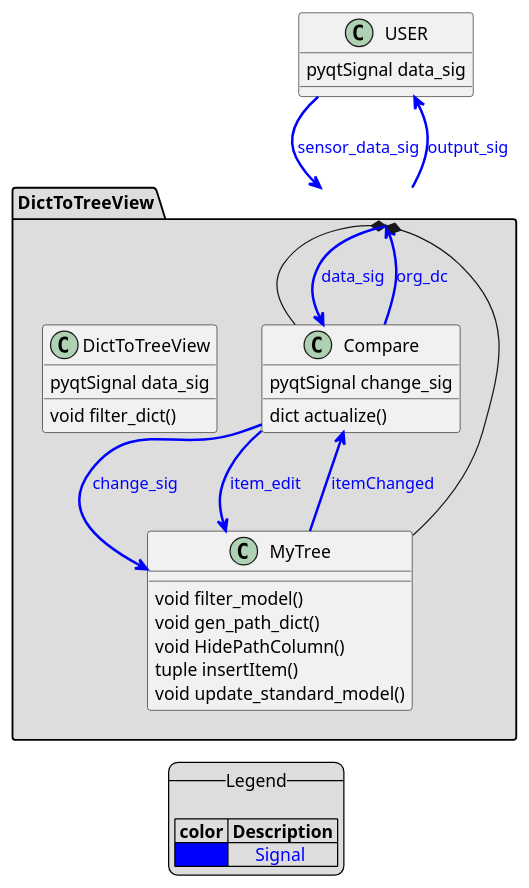
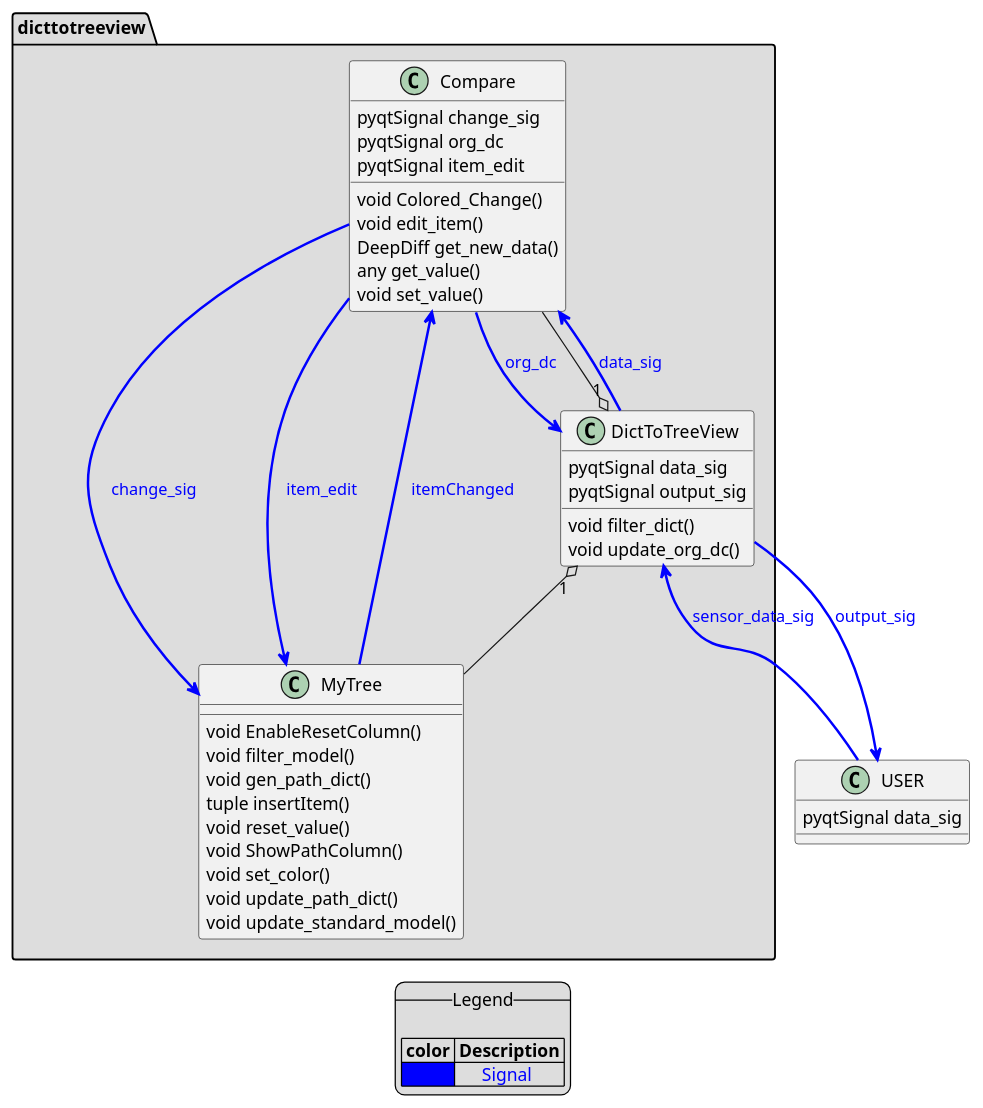
The diagram in doc/source/UML/classdiagram.plantuml (dope791/dicttotreeview), drawn with PlantUML before and after one commit. The commit also changed 9 other files, not shown here.

```diff
--- a/doc/source/UML/classdiagram.plantuml
+++ b/doc/source/UML/classdiagram.plantuml
@@ -1,48 +1,60 @@
 @startuml 
     legend
     --Legend--
 
     |= color |= Description |
     | <#blue> | <color:blue>     Signal |
     endlegend
-    package "DictToTreeView" #DDDDDD {
+    package "dicttotreeview" #DDDDDD {
         class Compare {
             pyqtSignal change_sig
+            pyqtSignal org_dc
+            pyqtSignal item_edit
 
-            dict actualize()
+            void Colored_Change()
+            void edit_item()
+            DeepDiff get_new_data()
+            any get_value()
+            void set_value()
         }
 
         class DictToTreeView {
             pyqtSignal data_sig
+            pyqtSignal output_sig
 
             void filter_dict()
+            void update_org_dc()
         }
 
         class MyTree {
 
+            void EnableResetColumn()
             void filter_model()
             void gen_path_dict()
-            void HidePathColumn()
             tuple insertItem()
+            void reset_value()
+            void ShowPathColumn()
+            void set_color()
+            void update_path_dict() 
             void update_standard_model()
         }
     }
 
     class USER {
         pyqtSignal data_sig
     }
 
     
 
-    DictToTreeView *-- Compare
-    DictToTreeView *-- MyTree
+    DictToTreeView "1" o-- Compare
+    DictToTreeView "1" o-- MyTree
 
     USER --> DictToTreeView #line:blue;line.bold;text:blue : sensor_data_sig
     DictToTreeView --> USER #line:blue;line.bold;text:blue : output_sig
     Compare --> DictToTreeView #line:blue;line.bold;text:blue : org_dc
     DictToTreeView --> Compare #line:blue;line.bold;text:blue : data_sig
     Compare --> MyTree #line:blue;line.bold;text:blue : change_sig
     Compare --> MyTree #line:blue;line.bold;text:blue : item_edit
     MyTree --> Compare #line:blue;line.bold;text:blue : itemChanged
 
 @enduml
```
